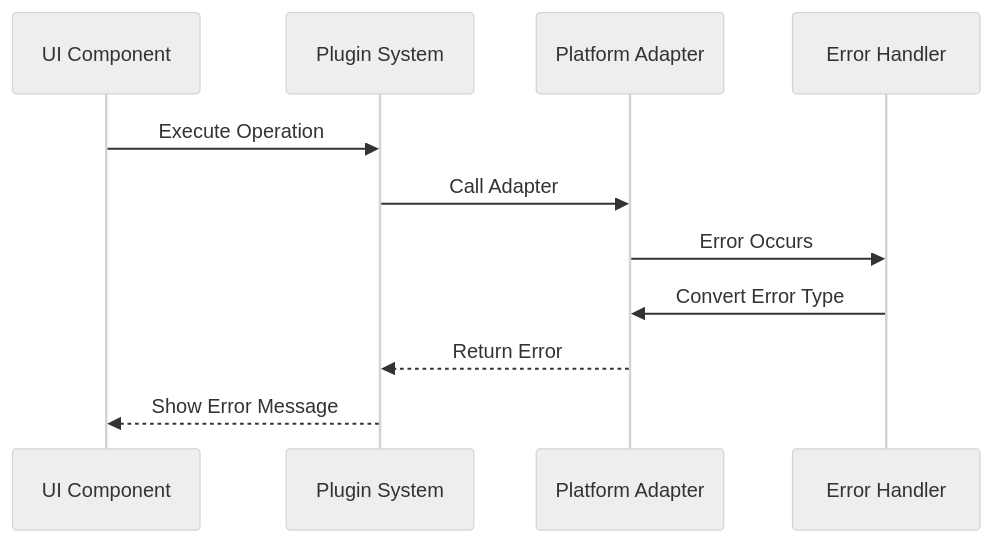
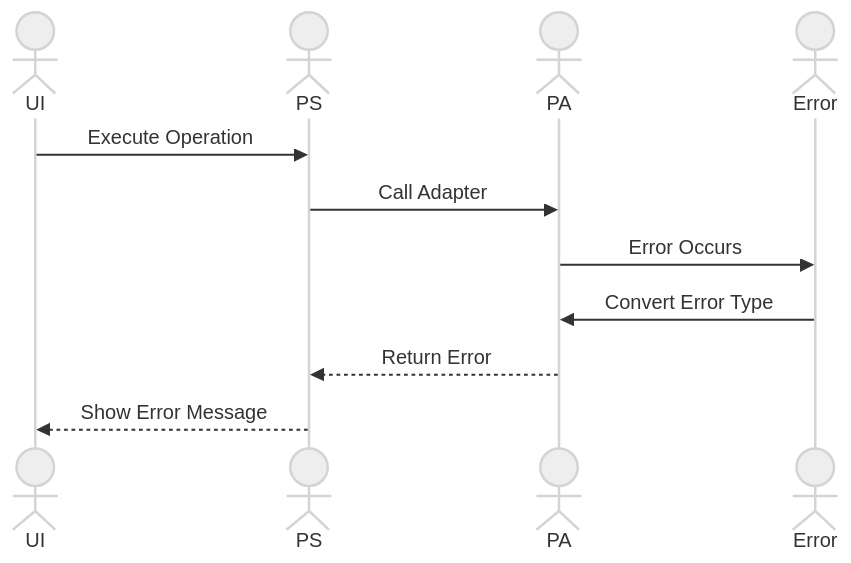
The sixth of 7 diagrams in DEVELOPMENT.md (terwer/siyuan-plugin-publisher), drawn with Mermaid (neutral theme) before and after one commit. The commit also changed other lines of this file and 1 other file, not shown here.

First line of the commit message:
docs(DEVELOPMENT): update sequence diagrams to use actor instead of participant

````diff
--- a/DEVELOPMENT.md
+++ b/DEVELOPMENT.md
@@ -217,14 +217,14 @@
 ```mermaid
 sequenceDiagram
-    participant UI as UI Component
-    participant PS as Plugin System
-    participant PA as Platform Adapter
-    participant Error as Error Handler
+    actor UI
+    actor PS
+    actor PA
+    actor Error
 
     UI->>PS: Execute Operation
     PS->>PA: Call Adapter
     PA->>Error: Error Occurs
     Error->>PA: Convert Error Type
     PA-->>PS: Return Error
     PS-->>UI: Show Error Message
 ```
````
